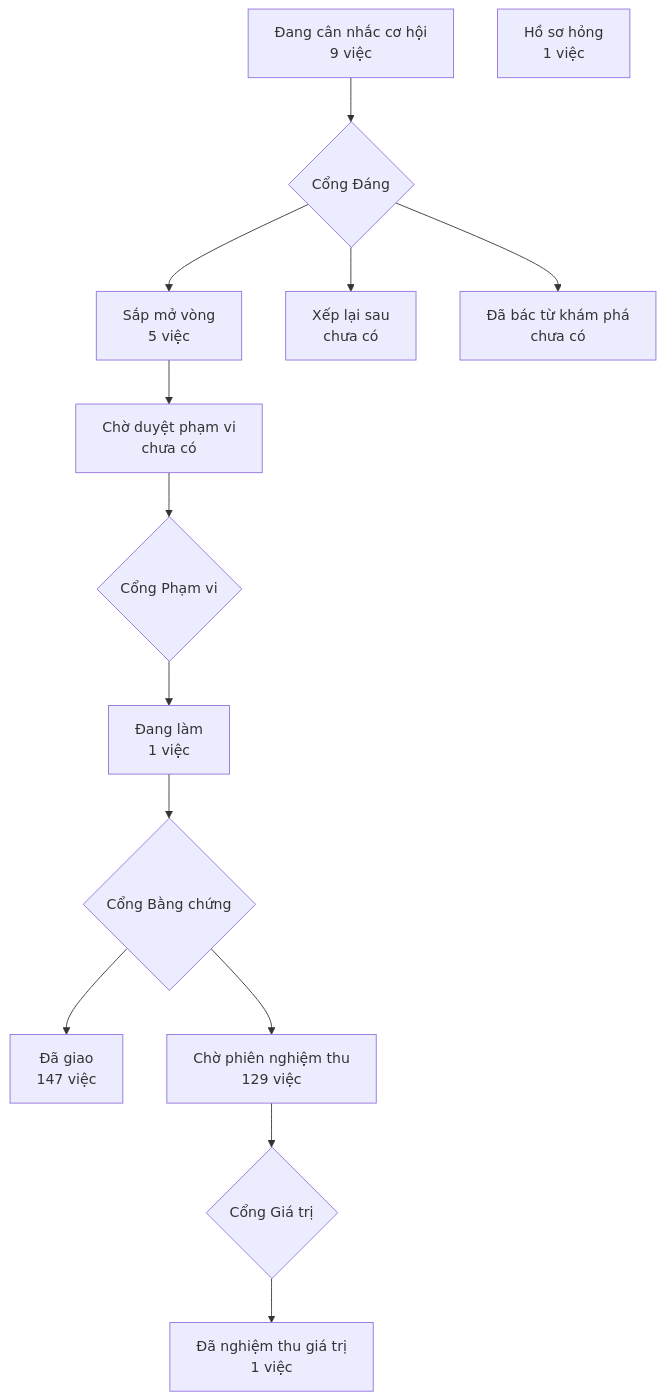
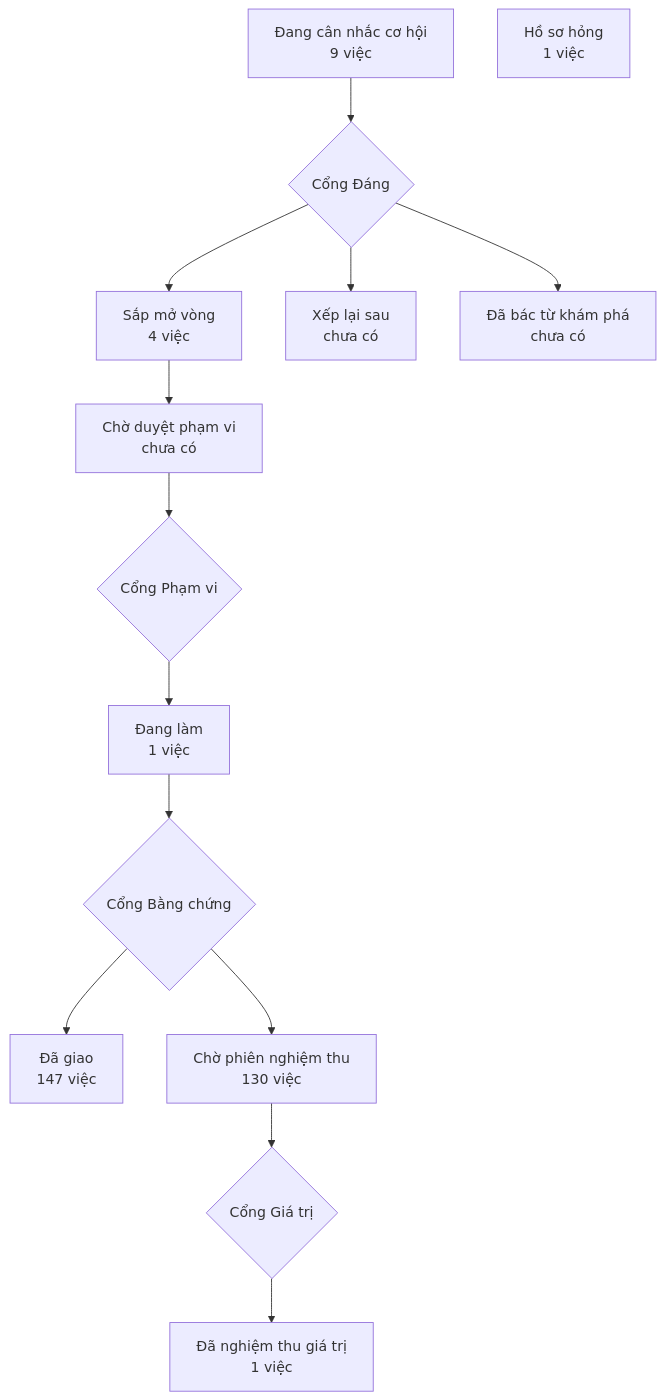
Before and after one commit to phanlemanh/crm-onehub: the diagram in PRODUCT-MAP.md, drawn with Mermaid. The commit also changed 1 other file, not shown here.

Commit message:
chore(bo-cuc-hep-ngan-va-kanban): vẽ lại bản đồ sau gộp onehub 28d8ca19f

````diff
--- a/PRODUCT-MAP.md
+++ b/PRODUCT-MAP.md
@@ -7,13 +7,13 @@
 ```mermaid
 flowchart TD
   A["Đang cân nhắc cơ hội<br/>9 việc"] --> GD{"Cổng Đáng"}
-  GD --> B["Sắp mở vòng<br/>5 việc"]
+  GD --> B["Sắp mở vòng<br/>4 việc"]
   GD --> XL["Xếp lại sau<br/>chưa có"]
   GD --> DB["Đã bác từ khám phá<br/>chưa có"]
   B --> CD["Chờ duyệt phạm vi<br/>chưa có"] --> GP{"Cổng Phạm vi"}
   GP --> DL["Đang làm<br/>1 việc"] --> GB{"Cổng Bằng chứng"}
   GB --> DG["Đã giao<br/>147 việc"]
-  GB --> CN["Chờ phiên nghiệm thu<br/>129 việc"] --> GG{"Cổng Giá trị"}
+  GB --> CN["Chờ phiên nghiệm thu<br/>130 việc"] --> GG{"Cổng Giá trị"}
   GG --> NT["Đã nghiệm thu giá trị<br/>1 việc"]
   HS["Hồ sơ hỏng<br/>1 việc"]
 ```
````
